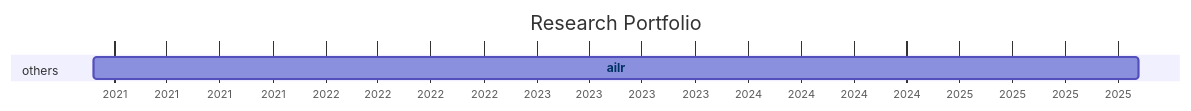
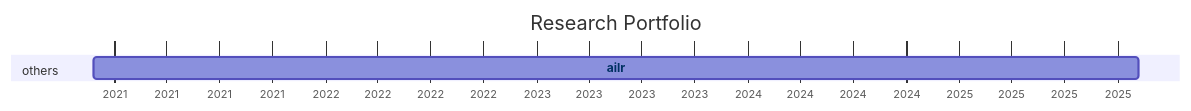
One commit to digital-work-lab/handbook changed the diagram in docs/20-research/25-projects-gantt.md. Above: the diagram before and after it, drawn with Mermaid.

Commit message:
Update repository overview

````diff
--- a/docs/20-research/25-projects-gantt.md
+++ b/docs/20-research/25-projects-gantt.md
@@ -8,21 +8,21 @@
 ```mermaid
 ---
 displayMode: compact
 ---
 gantt
 title Research Portfolio
 dateFormat YYYY-MM-DD
 axisFormat %Y
 
     section work_practices
 
     section distributed_organizing
 
     section knowledge_synthesis
 
     section others
-        ailr :ailr, 2020-11-26, 2025-11-06
+        ailr :ailr, 2020-11-26, 2025-11-07
 
 
     click ailr href "{{ site.baseurl }}/docs/10-lab/18-resources/ailr.html"
 ```
````
